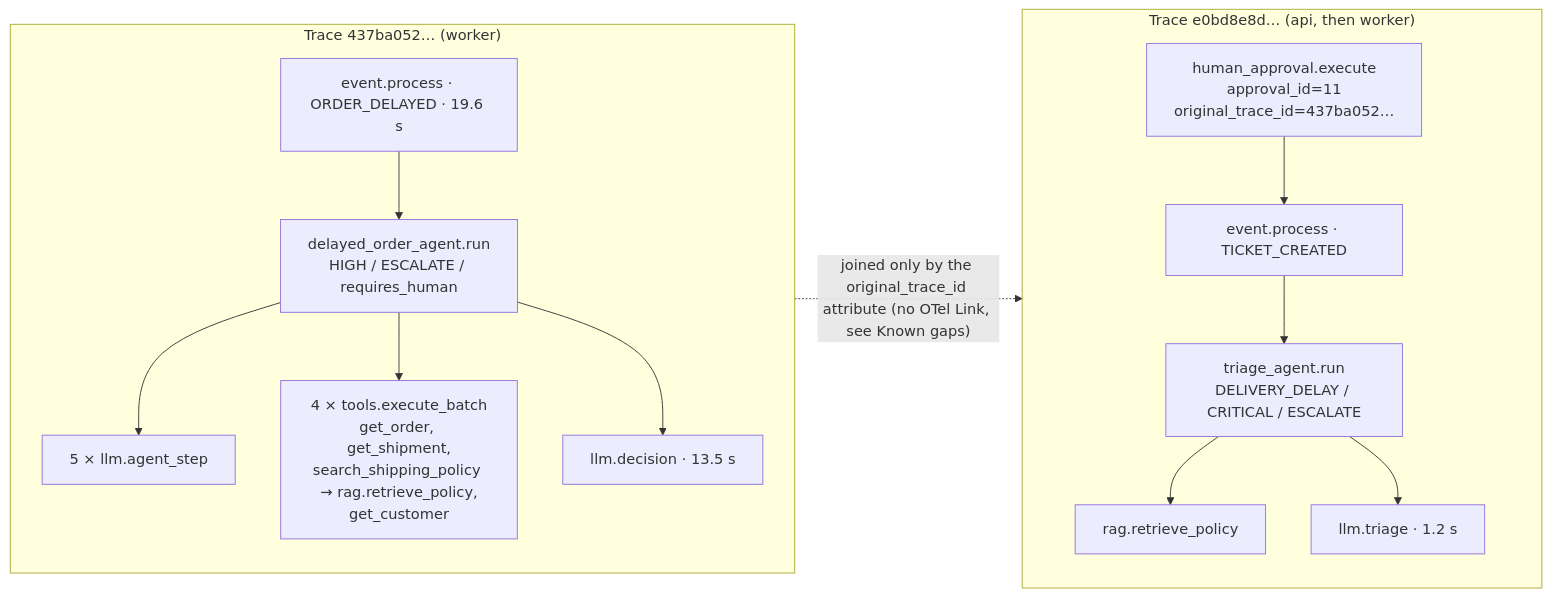
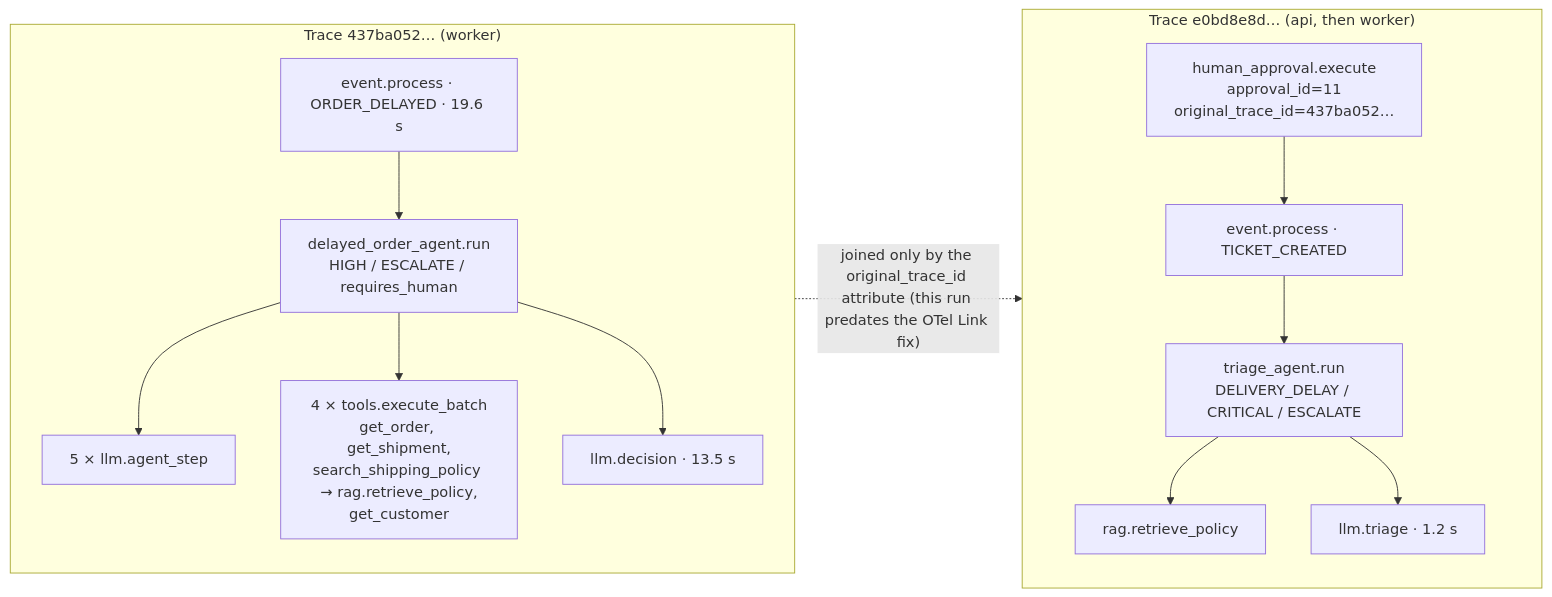
The third of 3 diagrams in ARCHITECTURE.md (sandeshjung/ai-customer-operations), drawn with Mermaid before and after one commit. The commit also changed other lines of this file and 2 other files, not shown here.

First line of the commit message:
docs: update README, ARCHITECTURE and CLAUDE.md for the fixes

````diff
--- a/ARCHITECTURE.md
+++ b/ARCHITECTURE.md
@@ -484,18 +488,18 @@
 ```mermaid
 flowchart LR
     subgraph T1["Trace 437ba052… (worker)"]
         direction TB
         a1["event.process · ORDER_DELAYED · 19.6 s"] --> a2["delayed_order_agent.run<br/>HIGH / ESCALATE / requires_human"]
         a2 --> a3["5 × llm.agent_step"]
         a2 --> a4["4 × tools.execute_batch<br/>get_order, get_shipment,<br/>search_shipping_policy → rag.retrieve_policy,<br/>get_customer"]
         a2 --> a5["llm.decision · 13.5 s"]
     end
     subgraph T2["Trace e0bd8e8d… (api, then worker)"]
         direction TB
         b1["human_approval.execute<br/>approval_id=11<br/>original_trace_id=437ba052…"] --> b2["event.process · TICKET_CREATED"]
         b2 --> b3["triage_agent.run<br/>DELIVERY_DELAY / CRITICAL / ESCALATE"]
         b3 --> b4["rag.retrieve_policy"]
         b3 --> b5["llm.triage · 1.2 s"]
     end
-    T1 -. "joined only by the original_trace_id attribute (no OTel Link, see Known gaps)" .-> T2
+    T1 -. "joined only by the original_trace_id attribute (this run predates the OTel Link fix)" .-> T2
 ```
````
